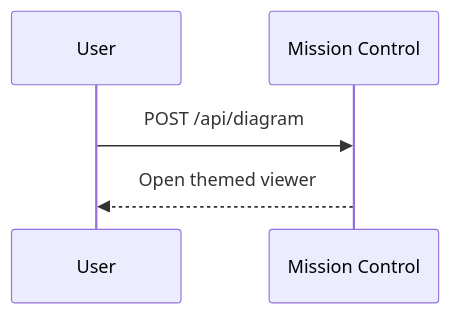
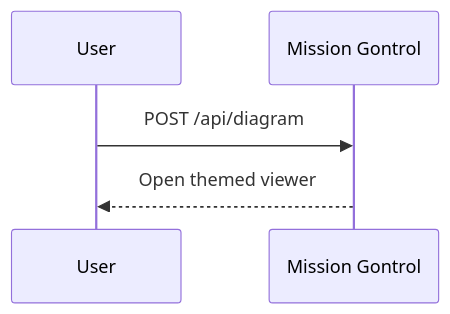
Before and after one commit to GonanRdg/mission-gontrol: the diagram in .agents/skills/diagram/SKILL.md, drawn with Mermaid. The commit also changed other lines of this file and 189 other files, not shown here.

Commit message:
feat: rebrand Mission Gontrol and add Actions palette [skip release]

````diff
--- a/.agents/skills/diagram/SKILL.md
+++ b/.agents/skills/diagram/SKILL.md
@@ -58,7 +58,7 @@
 ```mermaid
 sequenceDiagram
   participant U as User
-  participant MC as Mission Control
+  participant MC as Mission Gontrol
   U->>MC: POST /api/diagram
   MC-->>U: Open themed viewer
 ```
````
